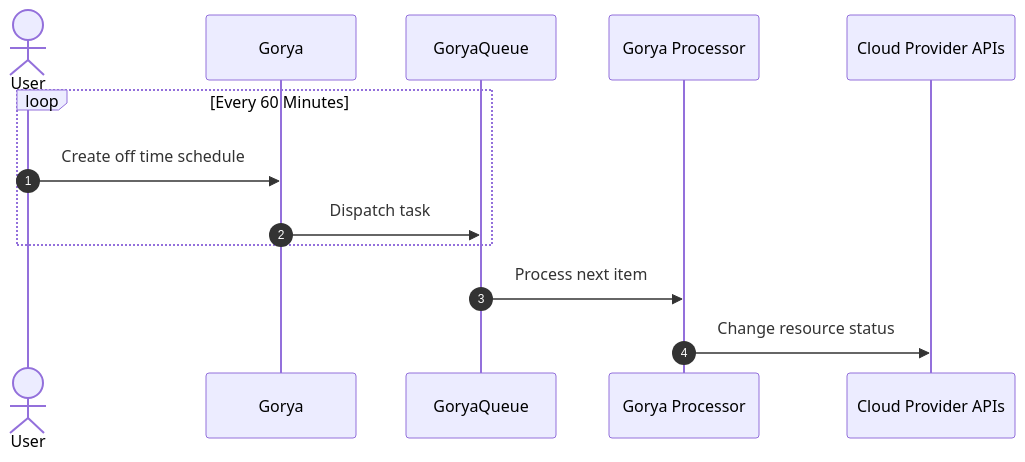
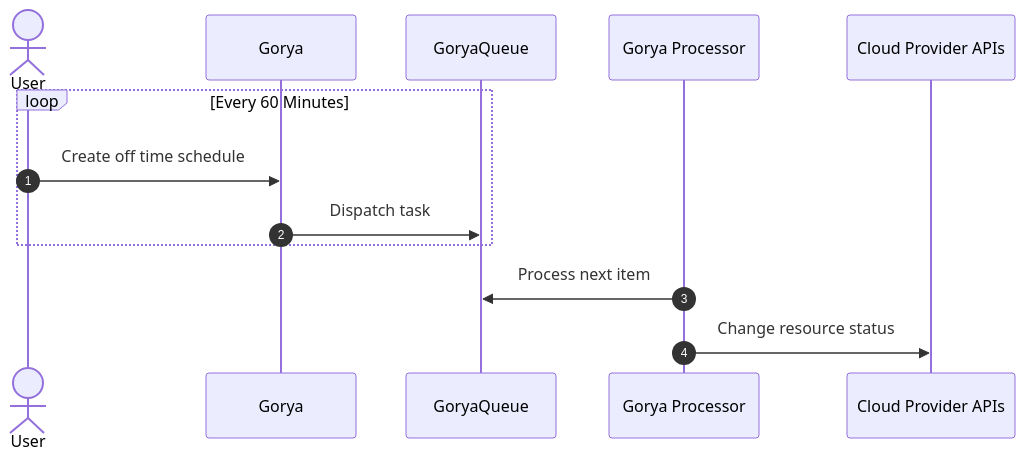
The second of 2 diagrams in README.md (phuongdnguyen/gorya), drawn with Mermaid before and after one commit.

````diff
--- a/README.md
+++ b/README.md
@@ -88,17 +88,17 @@
 ```mermaid
 sequenceDiagram
 autonumber
 actor U as User
 participant G as Gorya
 participant Q as GoryaQueue
 participant P as Gorya Processor
 participant C as Cloud Provider APIs
 
 loop Every 60 Minutes
 U->>G: Create off time schedule
 G->>Q: Dispatch task
 end
-Q->>P: Process next item
+P->>Q: Process next item
 P->>C: Change resource status
 
 ```
````
